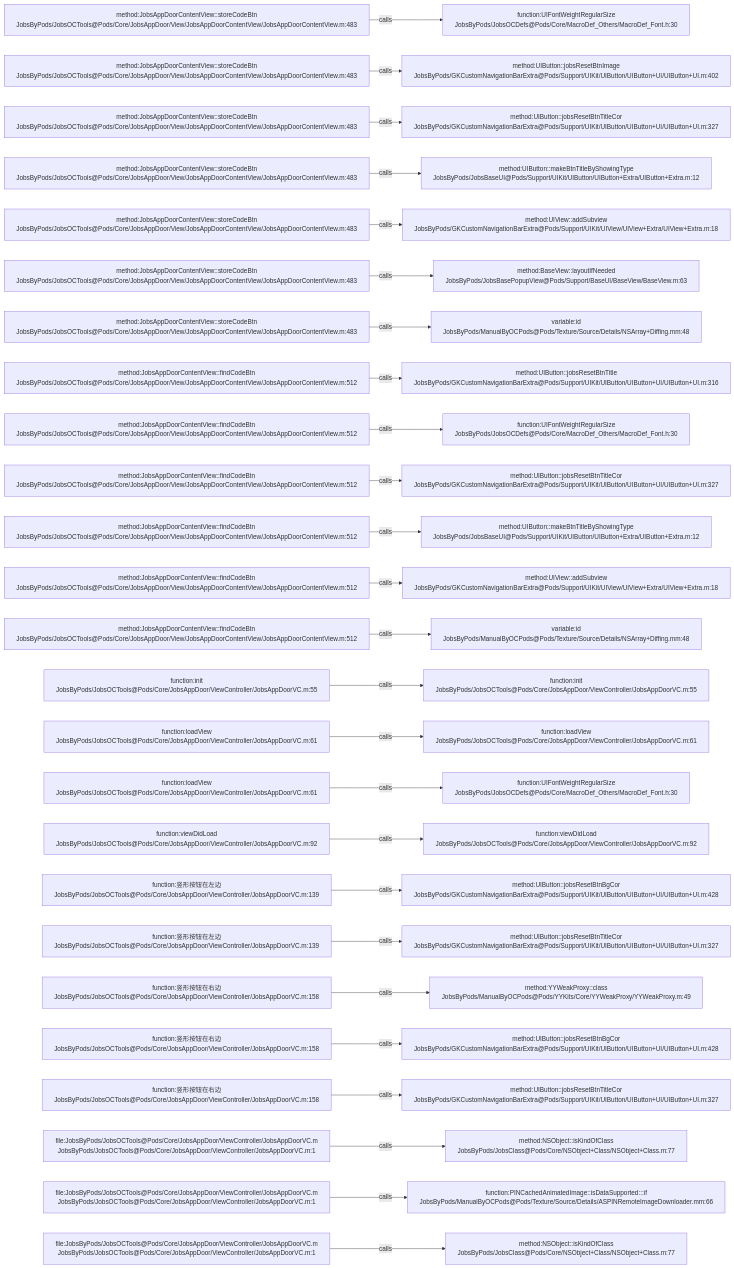
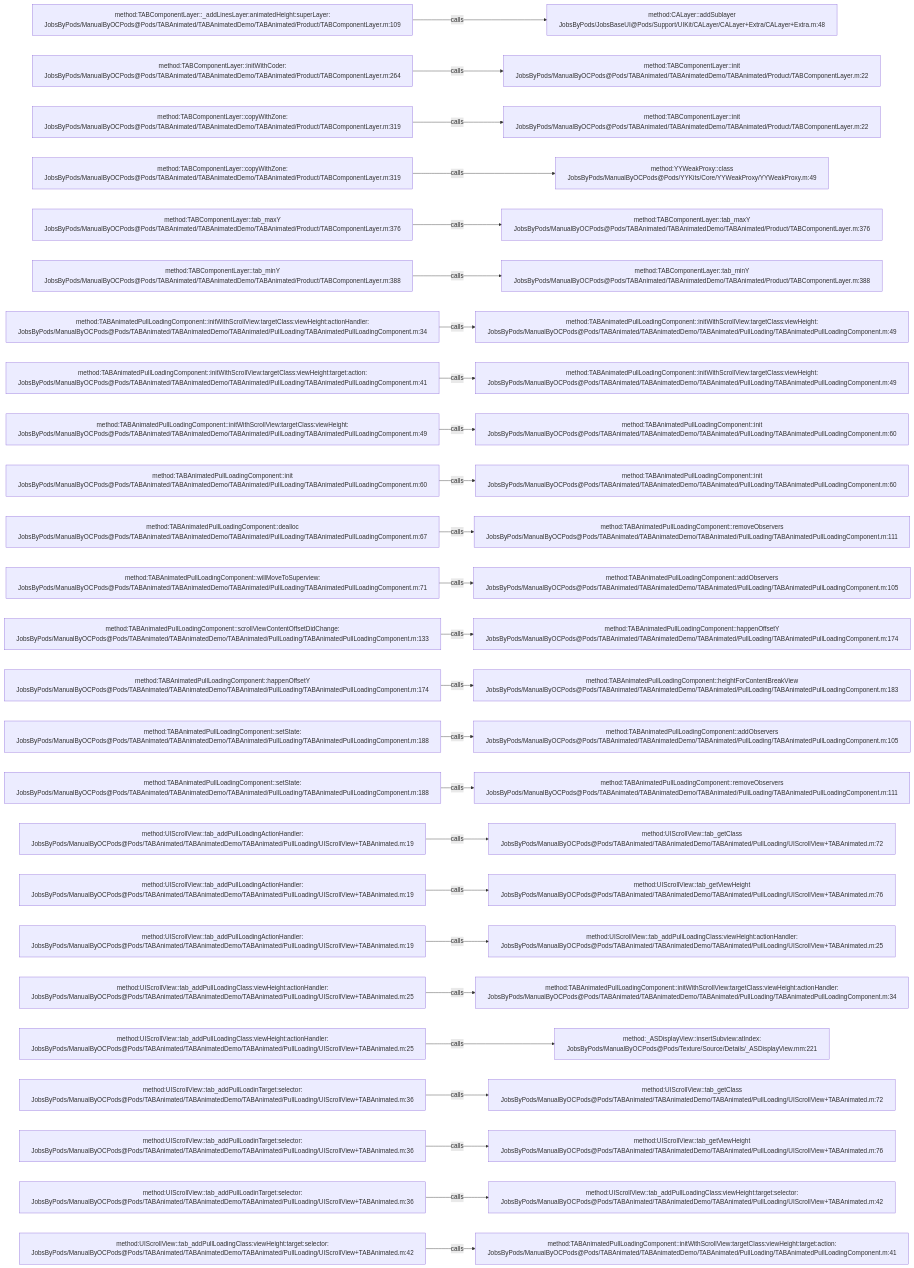
The diagram in .codegraph/codegraph.md/graphs/calls-144.md (JobsKits/JobsOCBaseConfigDemo), drawn with Mermaid before and after one commit. The commit also changed 573 other files, not shown here.

````diff
--- a/.codegraph/codegraph.md/graphs/calls-144.md
+++ b/.codegraph/codegraph.md/graphs/calls-144.md
@@ -13,78 +13,78 @@
 ```mermaid
 flowchart LR
-  S1["method:JobsAppDoorContentView::storeCodeBtn<br/>JobsByPods/JobsOCTools@Pods/Core/JobsAppDoor/View/JobsAppDoorContentView/JobsAppDoorContentView.m:483"]
-  T1["function:UIFontWeightRegularSize<br/>JobsByPods/JobsOCDefs@Pods/Core/MacroDef_Others/MacroDef_Font.h:30"]
+  S1["method:TABComponentLayer::_addLinesLayer:animatedHeight:superLayer:<br/>JobsByPods/ManualByOCPods@Pods/TABAnimated/TABAnimatedDemo/TABAnimated/Product/TABComponentLayer.m:109"]
+  T1["method:CALayer::addSublayer<br/>JobsByPods/JobsBaseUI@Pods/Support/UIKit/CALayer/CALayer+Extra/CALayer+Extra.m:48"]
   S1 -->|calls| T1
-  S2["method:JobsAppDoorContentView::storeCodeBtn<br/>JobsByPods/JobsOCTools@Pods/Core/JobsAppDoor/View/JobsAppDoorContentView/JobsAppDoorContentView.m:483"]
-  T2["method:UIButton::jobsResetBtnImage<br/>JobsByPods/GKCustomNavigationBarExtra@Pods/Support/UIKit/UIButton/UIButton+UI/UIButton+UI.m:402"]
+  S2["method:TABComponentLayer::initWithCoder:<br/>JobsByPods/ManualByOCPods@Pods/TABAnimated/TABAnimatedDemo/TABAnimated/Product/TABComponentLayer.m:264"]
+  T2["method:TABComponentLayer::init<br/>JobsByPods/ManualByOCPods@Pods/TABAnimated/TABAnimatedDemo/TABAnimated/Product/TABComponentLayer.m:22"]
   S2 -->|calls| T2
-  S3["method:JobsAppDoorContentView::storeCodeBtn<br/>JobsByPods/JobsOCTools@Pods/Core/JobsAppDoor/View/JobsAppDoorContentView/JobsAppDoorContentView.m:483"]
-  T3["method:UIButton::jobsResetBtnTitleCor<br/>JobsByPods/GKCustomNavigationBarExtra@Pods/Support/UIKit/UIButton/UIButton+UI/UIButton+UI.m:327"]
+  S3["method:TABComponentLayer::copyWithZone:<br/>JobsByPods/ManualByOCPods@Pods/TABAnimated/TABAnimatedDemo/TABAnimated/Product/TABComponentLayer.m:319"]
+  T3["method:TABComponentLayer::init<br/>JobsByPods/ManualByOCPods@Pods/TABAnimated/TABAnimatedDemo/TABAnimated/Product/TABComponentLayer.m:22"]
   S3 -->|calls| T3
-  S4["method:JobsAppDoorContentView::storeCodeBtn<br/>JobsByPods/JobsOCTools@Pods/Core/JobsAppDoor/View/JobsAppDoorContentView/JobsAppDoorContentView.m:483"]
-  T4["method:UIButton::makeBtnTitleByShowingType<br/>JobsByPods/JobsBaseUI@Pods/Support/UIKit/UIButton/UIButton+Extra/UIButton+Extra.m:12"]
+  S4["method:TABComponentLayer::copyWithZone:<br/>JobsByPods/ManualByOCPods@Pods/TABAnimated/TABAnimatedDemo/TABAnimated/Product/TABComponentLayer.m:319"]
+  T4["method:YYWeakProxy::class<br/>JobsByPods/ManualByOCPods@Pods/YYKits/Core/YYWeakProxy/YYWeakProxy.m:49"]
   S4 -->|calls| T4
-  S5["method:JobsAppDoorContentView::storeCodeBtn<br/>JobsByPods/JobsOCTools@Pods/Core/JobsAppDoor/View/JobsAppDoorContentView/JobsAppDoorContentView.m:483"]
-  T5["method:UIView::addSubview<br/>JobsByPods/GKCustomNavigationBarExtra@Pods/Support/UIKit/UIView/UIView+Extra/UIView+Extra.m:18"]
+  S5["method:TABComponentLayer::tab_maxY<br/>JobsByPods/ManualByOCPods@Pods/TABAnimated/TABAnimatedDemo/TABAnimated/Product/TABComponentLayer.m:376"]
+  T5["method:TABComponentLayer::tab_maxY<br/>JobsByPods/ManualByOCPods@Pods/TABAnimated/TABAnimatedDemo/TABAnimated/Product/TABComponentLayer.m:376"]
   S5 -->|calls| T5
-  S6["method:JobsAppDoorContentView::storeCodeBtn<br/>JobsByPods/JobsOCTools@Pods/Core/JobsAppDoor/View/JobsAppDoorContentView/JobsAppDoorContentView.m:483"]
-  T6["method:BaseView::layoutIfNeeded<br/>JobsByPods/JobsBasePopupView@Pods/Support/BaseUI/BaseView/BaseView.m:63"]
+  S6["method:TABComponentLayer::tab_minY<br/>JobsByPods/ManualByOCPods@Pods/TABAnimated/TABAnimatedDemo/TABAnimated/Product/TABComponentLayer.m:388"]
+  T6["method:TABComponentLayer::tab_minY<br/>JobsByPods/ManualByOCPods@Pods/TABAnimated/TABAnimatedDemo/TABAnimated/Product/TABComponentLayer.m:388"]
   S6 -->|calls| T6
-  S7["method:JobsAppDoorContentView::storeCodeBtn<br/>JobsByPods/JobsOCTools@Pods/Core/JobsAppDoor/View/JobsAppDoorContentView/JobsAppDoorContentView.m:483"]
-  T7["variable:id<br/>JobsByPods/ManualByOCPods@Pods/Texture/Source/Details/NSArray+Diffing.mm:48"]
+  S7["method:TABAnimatedPullLoadingComponent::initWithScrollView:targetClass:viewHeight:actionHandler:<br/>JobsByPods/ManualByOCPods@Pods/TABAnimated/TABAnimatedDemo/TABAnimated/PullLoading/TABAnimatedPullLoadingComponent.m:34"]
+  T7["method:TABAnimatedPullLoadingComponent::initWithScrollView:targetClass:viewHeight:<br/>JobsByPods/ManualByOCPods@Pods/TABAnimated/TABAnimatedDemo/TABAnimated/PullLoading/TABAnimatedPullLoadingComponent.m:49"]
   S7 -->|calls| T7
-  S8["method:JobsAppDoorContentView::findCodeBtn<br/>JobsByPods/JobsOCTools@Pods/Core/JobsAppDoor/View/JobsAppDoorContentView/JobsAppDoorContentView.m:512"]
-  T8["method:UIButton::jobsResetBtnTitle<br/>JobsByPods/GKCustomNavigationBarExtra@Pods/Support/UIKit/UIButton/UIButton+UI/UIButton+UI.m:316"]
+  S8["method:TABAnimatedPullLoadingComponent::initWithScrollView:targetClass:viewHeight:target:action:<br/>JobsByPods/ManualByOCPods@Pods/TABAnimated/TABAnimatedDemo/TABAnimated/PullLoading/TABAnimatedPullLoadingComponent.m:41"]
+  T8["method:TABAnimatedPullLoadingComponent::initWithScrollView:targetClass:viewHeight:<br/>JobsByPods/ManualByOCPods@Pods/TABAnimated/TABAnimatedDemo/TABAnimated/PullLoading/TABAnimatedPullLoadingComponent.m:49"]
   S8 -->|calls| T8
-  S9["method:JobsAppDoorContentView::findCodeBtn<br/>JobsByPods/JobsOCTools@Pods/Core/JobsAppDoor/View/JobsAppDoorContentView/JobsAppDoorContentView.m:512"]
-  T9["function:UIFontWeightRegularSize<br/>JobsByPods/JobsOCDefs@Pods/Core/MacroDef_Others/MacroDef_Font.h:30"]
+  S9["method:TABAnimatedPullLoadingComponent::initWithScrollView:targetClass:viewHeight:<br/>JobsByPods/ManualByOCPods@Pods/TABAnimated/TABAnimatedDemo/TABAnimated/PullLoading/TABAnimatedPullLoadingComponent.m:49"]
+  T9["method:TABAnimatedPullLoadingComponent::init<br/>JobsByPods/ManualByOCPods@Pods/TABAnimated/TABAnimatedDemo/TABAnimated/PullLoading/TABAnimatedPullLoadingComponent.m:60"]
   S9 -->|calls| T9
-  S10["method:JobsAppDoorContentView::findCodeBtn<br/>JobsByPods/JobsOCTools@Pods/Core/JobsAppDoor/View/JobsAppDoorContentView/JobsAppDoorContentView.m:512"]
-  T10["method:UIButton::jobsResetBtnTitleCor<br/>JobsByPods/GKCustomNavigationBarExtra@Pods/Support/UIKit/UIButton/UIButton+UI/UIButton+UI.m:327"]
+  S10["method:TABAnimatedPullLoadingComponent::init<br/>JobsByPods/ManualByOCPods@Pods/TABAnimated/TABAnimatedDemo/TABAnimated/PullLoading/TABAnimatedPullLoadingComponent.m:60"]
+  T10["method:TABAnimatedPullLoadingComponent::init<br/>JobsByPods/ManualByOCPods@Pods/TABAnimated/TABAnimatedDemo/TABAnimated/PullLoading/TABAnimatedPullLoadingComponent.m:60"]
   S10 -->|calls| T10
-  S11["method:JobsAppDoorContentView::findCodeBtn<br/>JobsByPods/JobsOCTools@Pods/Core/JobsAppDoor/View/JobsAppDoorContentView/JobsAppDoorContentView.m:512"]
-  T11["method:UIButton::makeBtnTitleByShowingType<br/>JobsByPods/JobsBaseUI@Pods/Support/UIKit/UIButton/UIButton+Extra/UIButton+Extra.m:12"]
+  S11["method:TABAnimatedPullLoadingComponent::dealloc<br/>JobsByPods/ManualByOCPods@Pods/TABAnimated/TABAnimatedDemo/TABAnimated/PullLoading/TABAnimatedPullLoadingComponent.m:67"]
+  T11["method:TABAnimatedPullLoadingComponent::removeObservers<br/>JobsByPods/ManualByOCPods@Pods/TABAnimated/TABAnimatedDemo/TABAnimated/PullLoading/TABAnimatedPullLoadingComponent.m:111"]
   S11 -->|calls| T11
-  S12["method:JobsAppDoorContentView::findCodeBtn<br/>JobsByPods/JobsOCTools@Pods/Core/JobsAppDoor/View/JobsAppDoorContentView/JobsAppDoorContentView.m:512"]
-  T12["method:UIView::addSubview<br/>JobsByPods/GKCustomNavigationBarExtra@Pods/Support/UIKit/UIView/UIView+Extra/UIView+Extra.m:18"]
+  S12["method:TABAnimatedPullLoadingComponent::willMoveToSuperview:<br/>JobsByPods/ManualByOCPods@Pods/TABAnimated/TABAnimatedDemo/TABAnimated/PullLoading/TABAnimatedPullLoadingComponent.m:71"]
+  T12["method:TABAnimatedPullLoadingComponent::addObservers<br/>JobsByPods/ManualByOCPods@Pods/TABAnimated/TABAnimatedDemo/TABAnimated/PullLoading/TABAnimatedPullLoadingComponent.m:105"]
   S12 -->|calls| T12
-  S13["method:JobsAppDoorContentView::findCodeBtn<br/>JobsByPods/JobsOCTools@Pods/Core/JobsAppDoor/View/JobsAppDoorContentView/JobsAppDoorContentView.m:512"]
-  T13["variable:id<br/>JobsByPods/ManualByOCPods@Pods/Texture/Source/Details/NSArray+Diffing.mm:48"]
+  S13["method:TABAnimatedPullLoadingComponent::scrollViewContentOffsetDidChange:<br/>JobsByPods/ManualByOCPods@Pods/TABAnimated/TABAnimatedDemo/TABAnimated/PullLoading/TABAnimatedPullLoadingComponent.m:133"]
+  T13["method:TABAnimatedPullLoadingComponent::happenOffsetY<br/>JobsByPods/ManualByOCPods@Pods/TABAnimated/TABAnimatedDemo/TABAnimated/PullLoading/TABAnimatedPullLoadingComponent.m:174"]
   S13 -->|calls| T13
-  S14["function:init<br/>JobsByPods/JobsOCTools@Pods/Core/JobsAppDoor/ViewController/JobsAppDoorVC.m:55"]
-  T14["function:init<br/>JobsByPods/JobsOCTools@Pods/Core/JobsAppDoor/ViewController/JobsAppDoorVC.m:55"]
+  S14["method:TABAnimatedPullLoadingComponent::happenOffsetY<br/>JobsByPods/ManualByOCPods@Pods/TABAnimated/TABAnimatedDemo/TABAnimated/PullLoading/TABAnimatedPullLoadingComponent.m:174"]
+  T14["method:TABAnimatedPullLoadingComponent::heightForContentBreakView<br/>JobsByPods/ManualByOCPods@Pods/TABAnimated/TABAnimatedDemo/TABAnimated/PullLoading/TABAnimatedPullLoadingComponent.m:183"]
   S14 -->|calls| T14
-  S15["function:loadView<br/>JobsByPods/JobsOCTools@Pods/Core/JobsAppDoor/ViewController/JobsAppDoorVC.m:61"]
-  T15["function:loadView<br/>JobsByPods/JobsOCTools@Pods/Core/JobsAppDoor/ViewController/JobsAppDoorVC.m:61"]
+  S15["method:TABAnimatedPullLoadingComponent::setState:<br/>JobsByPods/ManualByOCPods@Pods/TABAnimated/TABAnimatedDemo/TABAnimated/PullLoading/TABAnimatedPullLoadingComponent.m:188"]
+  T15["method:TABAnimatedPullLoadingComponent::addObservers<br/>JobsByPods/ManualByOCPods@Pods/TABAnimated/TABAnimatedDemo/TABAnimated/PullLoading/TABAnimatedPullLoadingComponent.m:105"]
   S15 -->|calls| T15
-  S16["function:loadView<br/>JobsByPods/JobsOCTools@Pods/Core/JobsAppDoor/ViewController/JobsAppDoorVC.m:61"]
-  T16["function:UIFontWeightRegularSize<br/>JobsByPods/JobsOCDefs@Pods/Core/MacroDef_Others/MacroDef_Font.h:30"]
+  S16["method:TABAnimatedPullLoadingComponent::setState:<br/>JobsByPods/ManualByOCPods@Pods/TABAnimated/TABAnimatedDemo/TABAnimated/PullLoading/TABAnimatedPullLoadingComponent.m:188"]
+  T16["method:TABAnimatedPullLoadingComponent::removeObservers<br/>JobsByPods/ManualByOCPods@Pods/TABAnimated/TABAnimatedDemo/TABAnimated/PullLoading/TABAnimatedPullLoadingComponent.m:111"]
   S16 -->|calls| T16
-  S17["function:viewDidLoad<br/>JobsByPods/JobsOCTools@Pods/Core/JobsAppDoor/ViewController/JobsAppDoorVC.m:92"]
-  T17["function:viewDidLoad<br/>JobsByPods/JobsOCTools@Pods/Core/JobsAppDoor/ViewController/JobsAppDoorVC.m:92"]
+  S17["method:UIScrollView::tab_addPullLoadingActionHandler:<br/>JobsByPods/ManualByOCPods@Pods/TABAnimated/TABAnimatedDemo/TABAnimated/PullLoading/UIScrollView+TABAnimated.m:19"]
+  T17["method:UIScrollView::tab_getClass<br/>JobsByPods/ManualByOCPods@Pods/TABAnimated/TABAnimatedDemo/TABAnimated/PullLoading/UIScrollView+TABAnimated.m:72"]
   S17 -->|calls| T17
-  S18["function:竖形按钮在左边<br/>JobsByPods/JobsOCTools@Pods/Core/JobsAppDoor/ViewController/JobsAppDoorVC.m:139"]
-  T18["method:UIButton::jobsResetBtnBgCor<br/>JobsByPods/GKCustomNavigationBarExtra@Pods/Support/UIKit/UIButton/UIButton+UI/UIButton+UI.m:428"]
+  S18["method:UIScrollView::tab_addPullLoadingActionHandler:<br/>JobsByPods/ManualByOCPods@Pods/TABAnimated/TABAnimatedDemo/TABAnimated/PullLoading/UIScrollView+TABAnimated.m:19"]
+  T18["method:UIScrollView::tab_getViewHeight<br/>JobsByPods/ManualByOCPods@Pods/TABAnimated/TABAnimatedDemo/TABAnimated/PullLoading/UIScrollView+TABAnimated.m:76"]
   S18 -->|calls| T18
-  S19["function:竖形按钮在左边<br/>JobsByPods/JobsOCTools@Pods/Core/JobsAppDoor/ViewController/JobsAppDoorVC.m:139"]
-  T19["method:UIButton::jobsResetBtnTitleCor<br/>JobsByPods/GKCustomNavigationBarExtra@Pods/Support/UIKit/UIButton/UIButton+UI/UIButton+UI.m:327"]
+  S19["method:UIScrollView::tab_addPullLoadingActionHandler:<br/>JobsByPods/ManualByOCPods@Pods/TABAnimated/TABAnimatedDemo/TABAnimated/PullLoading/UIScrollView+TABAnimated.m:19"]
+  T19["method:UIScrollView::tab_addPullLoadingClass:viewHeight:actionHandler:<br/>JobsByPods/ManualByOCPods@Pods/TABAnimated/TABAnimatedDemo/TABAnimated/PullLoading/UIScrollView+TABAnimated.m:25"]
   S19 -->|calls| T19
-  S20["function:竖形按钮在右边<br/>JobsByPods/JobsOCTools@Pods/Core/JobsAppDoor/ViewController/JobsAppDoorVC.m:158"]
-  T20["method:YYWeakProxy::class<br/>JobsByPods/ManualByOCPods@Pods/YYKits/Core/YYWeakProxy/YYWeakProxy.m:49"]
+  S20["method:UIScrollView::tab_addPullLoadingClass:viewHeight:actionHandler:<br/>JobsByPods/ManualByOCPods@Pods/TABAnimated/TABAnimatedDemo/TABAnimated/PullLoading/UIScrollView+TABAnimated.m:25"]
+  T20["method:TABAnimatedPullLoadingComponent::initWithScrollView:targetClass:viewHeight:actionHandler:<br/>JobsByPods/ManualByOCPods@Pods/TABAnimated/TABAnimatedDemo/TABAnimated/PullLoading/TABAnimatedPullLoadingComponent.m:34"]
   S20 -->|calls| T20
-  S21["function:竖形按钮在右边<br/>JobsByPods/JobsOCTools@Pods/Core/JobsAppDoor/ViewController/JobsAppDoorVC.m:158"]
-  T21["method:UIButton::jobsResetBtnBgCor<br/>JobsByPods/GKCustomNavigationBarExtra@Pods/Support/UIKit/UIButton/UIButton+UI/UIButton+UI.m:428"]
+  S21["method:UIScrollView::tab_addPullLoadingClass:viewHeight:actionHandler:<br/>JobsByPods/ManualByOCPods@Pods/TABAnimated/TABAnimatedDemo/TABAnimated/PullLoading/UIScrollView+TABAnimated.m:25"]
+  T21["method:_ASDisplayView::insertSubview:atIndex:<br/>JobsByPods/ManualByOCPods@Pods/Texture/Source/Details/_ASDisplayView.mm:221"]
   S21 -->|calls| T21
-  S22["function:竖形按钮在右边<br/>JobsByPods/JobsOCTools@Pods/Core/JobsAppDoor/ViewController/JobsAppDoorVC.m:158"]
-  T22["method:UIButton::jobsResetBtnTitleCor<br/>JobsByPods/GKCustomNavigationBarExtra@Pods/Support/UIKit/UIButton/UIButton+UI/UIButton+UI.m:327"]
+  S22["method:UIScrollView::tab_addPullLoadinTarget:selector:<br/>JobsByPods/ManualByOCPods@Pods/TABAnimated/TABAnimatedDemo/TABAnimated/PullLoading/UIScrollView+TABAnimated.m:36"]
+  T22["method:UIScrollView::tab_getClass<br/>JobsByPods/ManualByOCPods@Pods/TABAnimated/TABAnimatedDemo/TABAnimated/PullLoading/UIScrollView+TABAnimated.m:72"]
   S22 -->|calls| T22
-  S23["file:JobsByPods/JobsOCTools@Pods/Core/JobsAppDoor/ViewController/JobsAppDoorVC.m<br/>JobsByPods/JobsOCTools@Pods/Core/JobsAppDoor/ViewController/JobsAppDoorVC.m:1"]
-  T23["method:NSObject::isKindOfClass<br/>JobsByPods/JobsClass@Pods/Core/NSObject+Class/NSObject+Class.m:77"]
+  S23["method:UIScrollView::tab_addPullLoadinTarget:selector:<br/>JobsByPods/ManualByOCPods@Pods/TABAnimated/TABAnimatedDemo/TABAnimated/PullLoading/UIScrollView+TABAnimated.m:36"]
+  T23["method:UIScrollView::tab_getViewHeight<br/>JobsByPods/ManualByOCPods@Pods/TABAnimated/TABAnimatedDemo/TABAnimated/PullLoading/UIScrollView+TABAnimated.m:76"]
   S23 -->|calls| T23
-  S24["file:JobsByPods/JobsOCTools@Pods/Core/JobsAppDoor/ViewController/JobsAppDoorVC.m<br/>JobsByPods/JobsOCTools@Pods/Core/JobsAppDoor/ViewController/JobsAppDoorVC.m:1"]
-  T24["function:PINCachedAnimatedImage::isDataSupported:::if<br/>JobsByPods/ManualByOCPods@Pods/Texture/Source/Details/ASPINRemoteImageDownloader.mm:66"]
+  S24["method:UIScrollView::tab_addPullLoadinTarget:selector:<br/>JobsByPods/ManualByOCPods@Pods/TABAnimated/TABAnimatedDemo/TABAnimated/PullLoading/UIScrollView+TABAnimated.m:36"]
+  T24["method:UIScrollView::tab_addPullLoadingClass:viewHeight:target:selector:<br/>JobsByPods/ManualByOCPods@Pods/TABAnimated/TABAnimatedDemo/TABAnimated/PullLoading/UIScrollView+TABAnimated.m:42"]
   S24 -->|calls| T24
-  S25["file:JobsByPods/JobsOCTools@Pods/Core/JobsAppDoor/ViewController/JobsAppDoorVC.m<br/>JobsByPods/JobsOCTools@Pods/Core/JobsAppDoor/ViewController/JobsAppDoorVC.m:1"]
-  T25["method:NSObject::isKindOfClass<br/>JobsByPods/JobsClass@Pods/Core/NSObject+Class/NSObject+Class.m:77"]
+  S25["method:UIScrollView::tab_addPullLoadingClass:viewHeight:target:selector:<br/>JobsByPods/ManualByOCPods@Pods/TABAnimated/TABAnimatedDemo/TABAnimated/PullLoading/UIScrollView+TABAnimated.m:42"]
+  T25["method:TABAnimatedPullLoadingComponent::initWithScrollView:targetClass:viewHeight:target:action:<br/>JobsByPods/ManualByOCPods@Pods/TABAnimated/TABAnimatedDemo/TABAnimated/PullLoading/TABAnimatedPullLoadingComponent.m:41"]
   S25 -->|calls| T25
 ```
````
